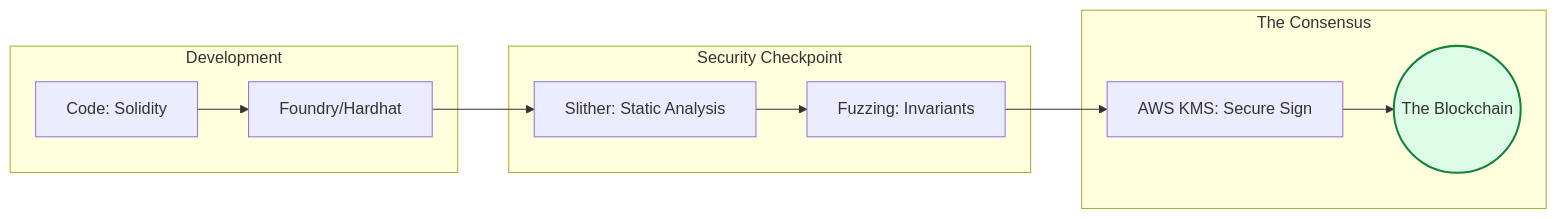
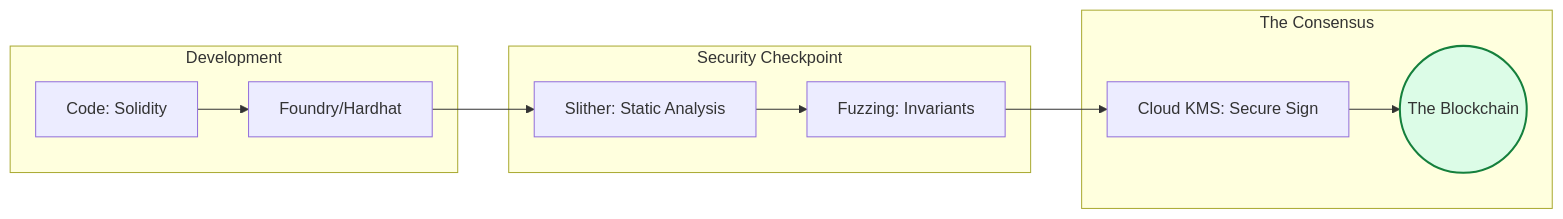
One commit to Ganil151/Devops changed the diagram in 02-intermediate/03-phase-3/05-blockchain/readme.md. Above: the diagram before and after it, drawn with Mermaid. The commit also changed other lines of this file, not shown here.

````diff
--- a/02-intermediate/03-phase-3/05-blockchain/readme.md
+++ b/02-intermediate/03-phase-3/05-blockchain/readme.md
@@ -33,18 +33,18 @@
 ```mermaid
 graph LR
     subgraph Dev[Development]
         C[Code: Solidity] --> F[Foundry/Hardhat]
     end
     
     subgraph CI[Security Checkpoint]
         F --> S[Slither: Static Analysis]
         S --> FU[Fuzzing: Invariants]
     end
     
     subgraph CD[The Consensus]
-        FU --> KMS[AWS KMS: Secure Sign]
+        FU --> KMS[Cloud KMS: Secure Sign]
         KMS --> BC((The Blockchain))
     end
     
     style BC fill:#dcfce7,stroke:#15803d,stroke-width:2px
 ```
````
